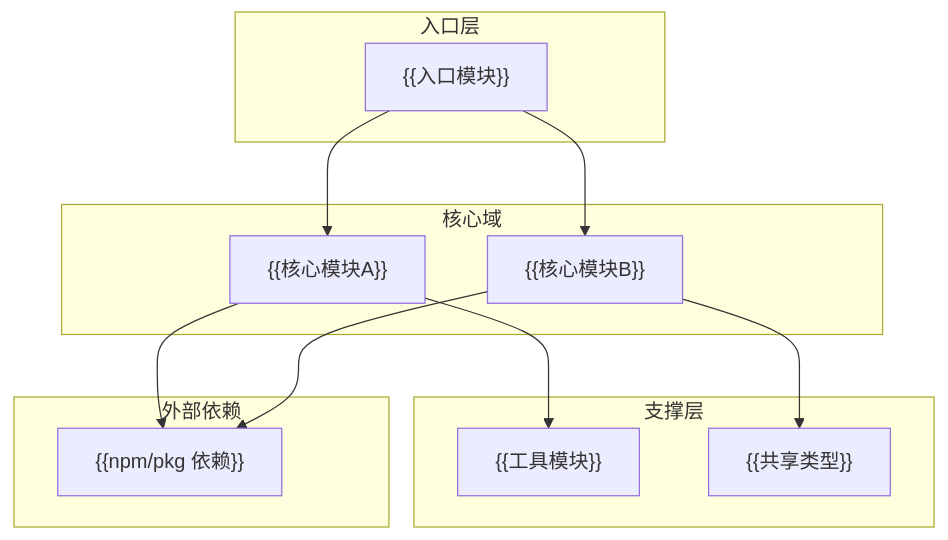
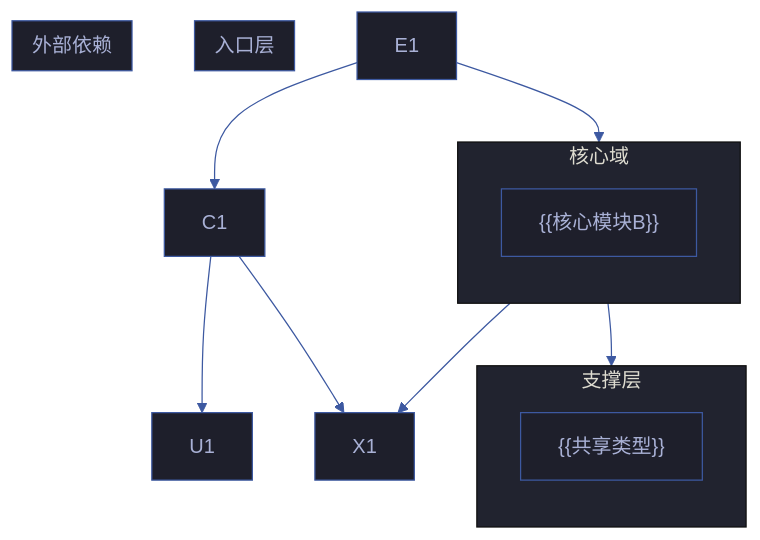
Before and after one commit to effiy/YrY: the first of 3 diagrams in templates/故事任务/场景-4-<slug>.md, drawn with Mermaid. The commit also changed other lines of this file and 42 other files, not shown here.

First line of the commit message:
feat: apply Mermaid authoring rules (M1-M12) across entire codebase

````diff
--- a/templates/故事任务/场景-4-<slug>.md
+++ b/templates/故事任务/场景-4-<slug>.md
@@ -31,23 +31,32 @@
 ```mermaid
+%%{init: {'theme': 'base', 'themeVariables': {
+  'primaryColor': '#1e1f2b',
+  'primaryTextColor': '#a9b1d6',
+  'primaryBorderColor': '#3d59a1',
+  'lineColor': '#3d59a1',
+  'secondaryColor': '#2b2d3b',
+  'tertiaryColor': '#21232f'
+}}}%%
 flowchart TB
     subgraph 入口["入口层"]
-        E1["{{入口模块}}"]:::entry
+        direction TB
     end
     subgraph 核心["核心域"]
-        C1["{{核心模块A}}"]:::core
+        direction TB
         C2["{{核心模块B}}"]:::core
     end
     subgraph 支撑["支撑层"]
-        U1["{{工具模块}}"]:::util
+        direction TB
         U2["{{共享类型}}"]:::util
     end
     subgraph 外部["外部依赖"]
-        X1["{{npm/pkg 依赖}}"]:::ext
+        direction TB
     end
     E1 --> C1
     E1 --> C2
     C1 --> U1
     C1 --> X1
     C2 --> U2
     C2 --> X1
+
 ```
````
